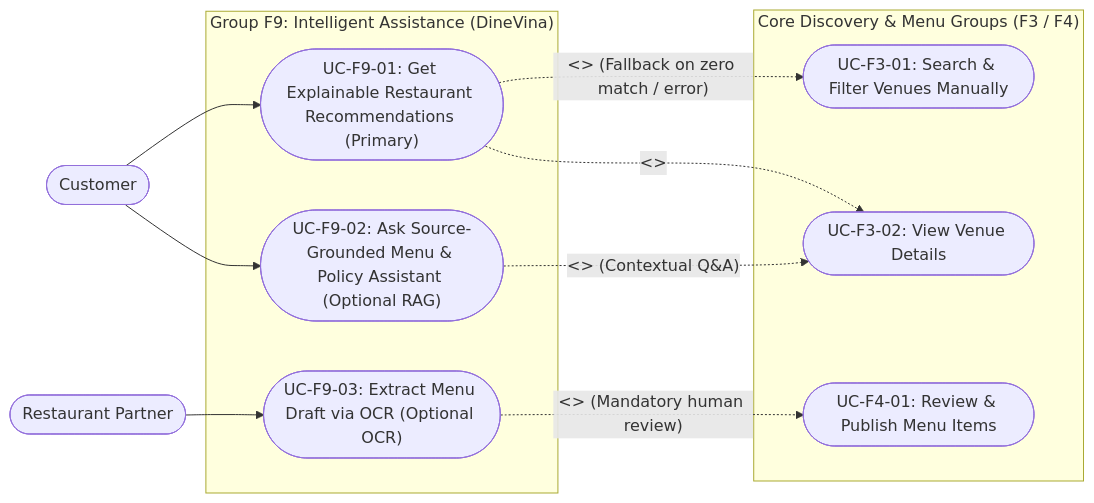
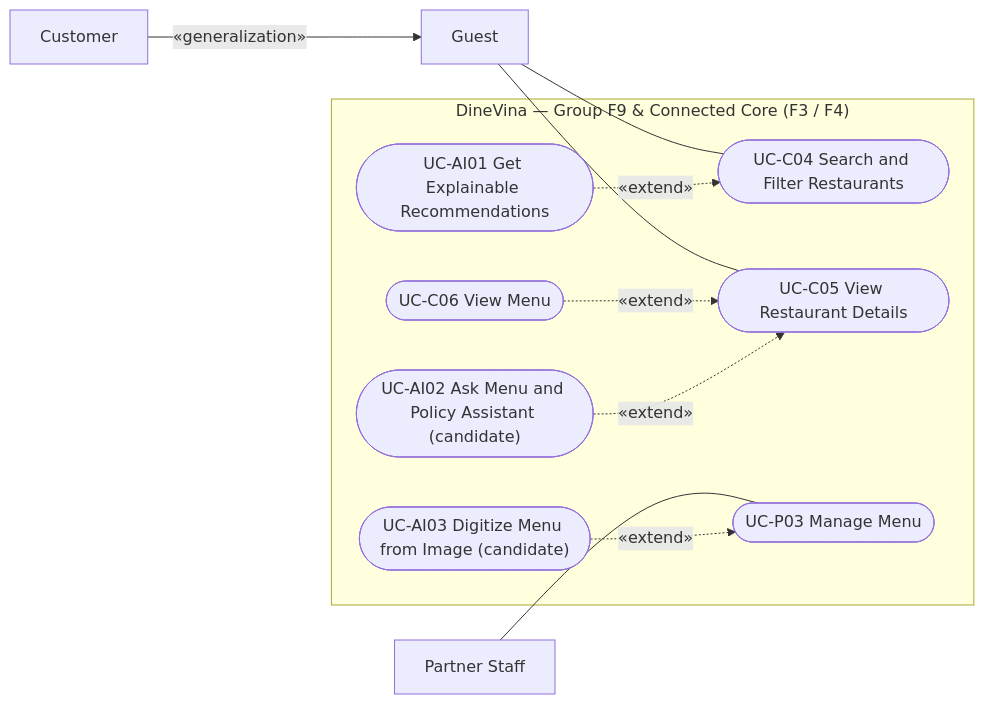
Before and after one commit to HoangCaoPhong/DineVina: the diagram in docs/weekly-reports/PA3_Week4-5/Duy/PA3-Tasks.md, drawn with Mermaid. The commit also changed other lines of this file and 8 other files, not shown here.

````diff
--- a/docs/weekly-reports/PA3_Week4-5/Duy/PA3-Tasks.md
+++ b/docs/weekly-reports/PA3_Week4-5/Duy/PA3-Tasks.md
@@ -25,26 +27,26 @@
 ```mermaid
 flowchart LR
-    Customer(["Customer"])
-    Partner(["Restaurant Partner"])
+    Guest["Guest"]
+    Customer["Customer"]
+    Partner["Partner Staff"]
+    Customer -->|"«generalization»"| Guest
 
-    subgraph F9_Intelligent_Assistance ["Group F9: Intelligent Assistance (DineVina)"]
-        UC_F9_01(["UC-F9-01: Get Explainable Restaurant Recommendations (Primary)"])
-        UC_F9_02(["UC-F9-02: Ask Source-Grounded Menu & Policy Assistant (Optional RAG)"])
-        UC_F9_03(["UC-F9-03: Extract Menu Draft via OCR (Optional OCR)"])
+    subgraph DV["DineVina — Group F9 & Connected Core (F3 / F4)"]
+        C04(["UC-C04 Search and Filter Restaurants"])
+        C05(["UC-C05 View Restaurant Details"])
+        C06(["UC-C06 View Menu"])
+        P03(["UC-P03 Manage Menu"])
+        AI01(["UC-AI01 Get Explainable Recommendations"])
+        AI02(["UC-AI02 Ask Menu and Policy Assistant (candidate)"])
+        AI03(["UC-AI03 Digitize Menu from Image (candidate)"])
     end
 
-    subgraph F3_F4_Core ["Core Discovery & Menu Groups (F3 / F4)"]
-        UC_F3_Filter(["UC-F3-01: Search & Filter Venues Manually"])
-        UC_F3_Detail(["UC-F3-02: View Venue Details"])
-        UC_F4_Menu(["UC-F4-01: Review & Publish Menu Items"])
-    end
+    Guest --- C04
+    Guest --- C05
+    Partner --- P03
 
-    Customer --> UC_F9_01
-    Customer --> UC_F9_02
-    Partner --> UC_F9_03
-
-    UC_F9_01 -.->|"<<include>>"| UC_F3_Detail
-    UC_F9_01 -.->|"<<extend>> (Fallback on zero match / error)"| UC_F3_Filter
-    UC_F9_02 -.->|"<<extend>> (Contextual Q&A)"| UC_F3_Detail
-    UC_F9_03 -.->|"<<include>> (Mandatory human review)"| UC_F4_Menu
+    AI01 -. "«extend»" .-> C04
+    C06 -. "«extend»" .-> C05
+    AI02 -. "«extend»" .-> C05
+    AI03 -. "«extend»" .-> P03
 ```
````
